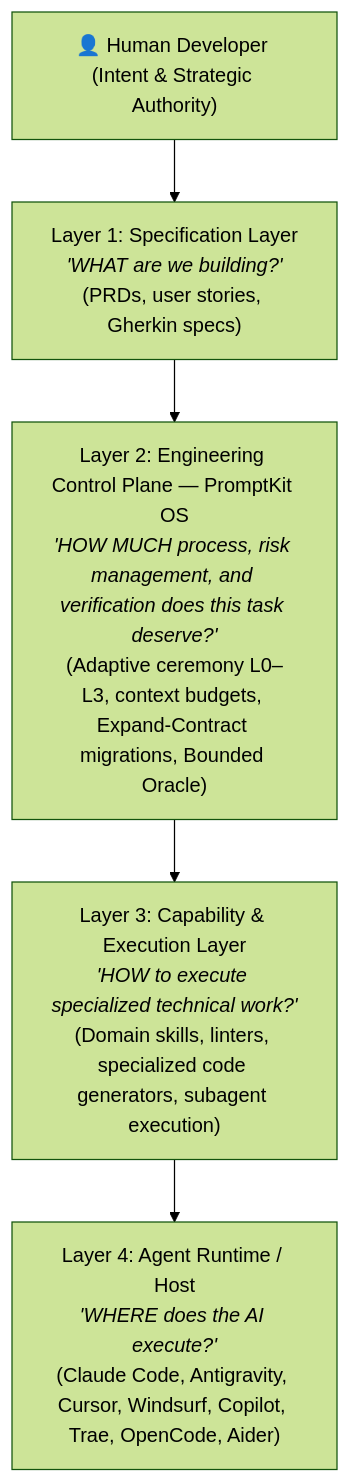
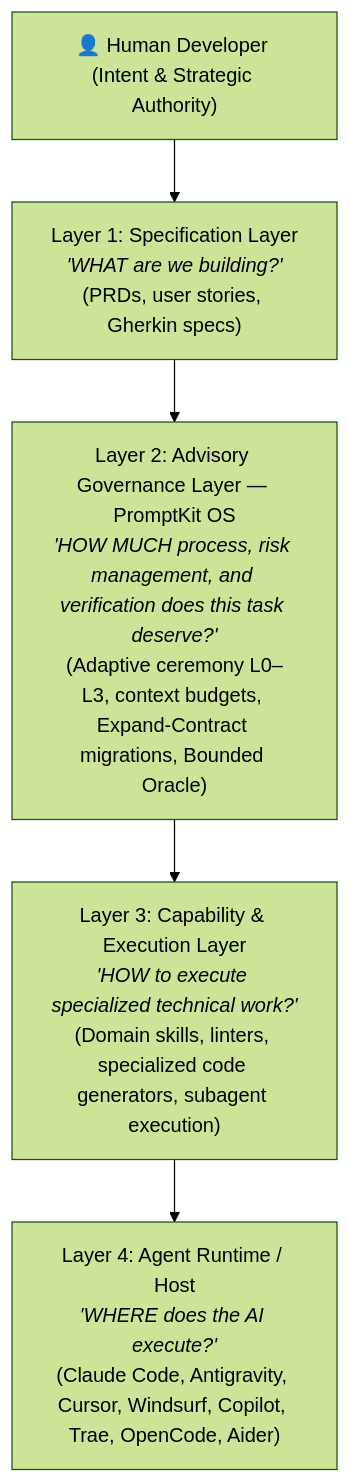
Before and after one commit to lowqualityloey/promptkit-os: the diagram in docs/COMPARISONS.md, drawn with Mermaid (forest theme). The commit also changed other lines of this file and 5 other files, not shown here.

````diff
--- a/docs/COMPARISONS.md
+++ b/docs/COMPARISONS.md
@@ -39,7 +39,7 @@
 ```mermaid
 flowchart TD
     Human["👤 Human Developer (Intent & Strategic Authority)"] --> L1["Layer 1: Specification Layer<br/><i>'WHAT are we building?'</i><br/>(PRDs, user stories, Gherkin specs)"]
-    L1 --> L2["Layer 2: Engineering Control Plane — PromptKit OS<br/><i>'HOW MUCH process, risk management, and verification does this task deserve?'</i><br/>(Adaptive ceremony L0–L3, context budgets, Expand-Contract migrations, Bounded Oracle)"]
+    L1 --> L2["Layer 2: Advisory Governance Layer — PromptKit OS<br/><i>'HOW MUCH process, risk management, and verification does this task deserve?'</i><br/>(Adaptive ceremony L0–L3, context budgets, Expand-Contract migrations, Bounded Oracle)"]
     L2 --> L3["Layer 3: Capability & Execution Layer<br/><i>'HOW to execute specialized technical work?'</i><br/>(Domain skills, linters, specialized code generators, subagent execution)"]
     L3 --> L4["Layer 4: Agent Runtime / Host<br/><i>'WHERE does the AI execute?'</i><br/>(Claude Code, Antigravity, Cursor, Windsurf, Copilot, Trae, OpenCode, Aider)"]
 ```
````
